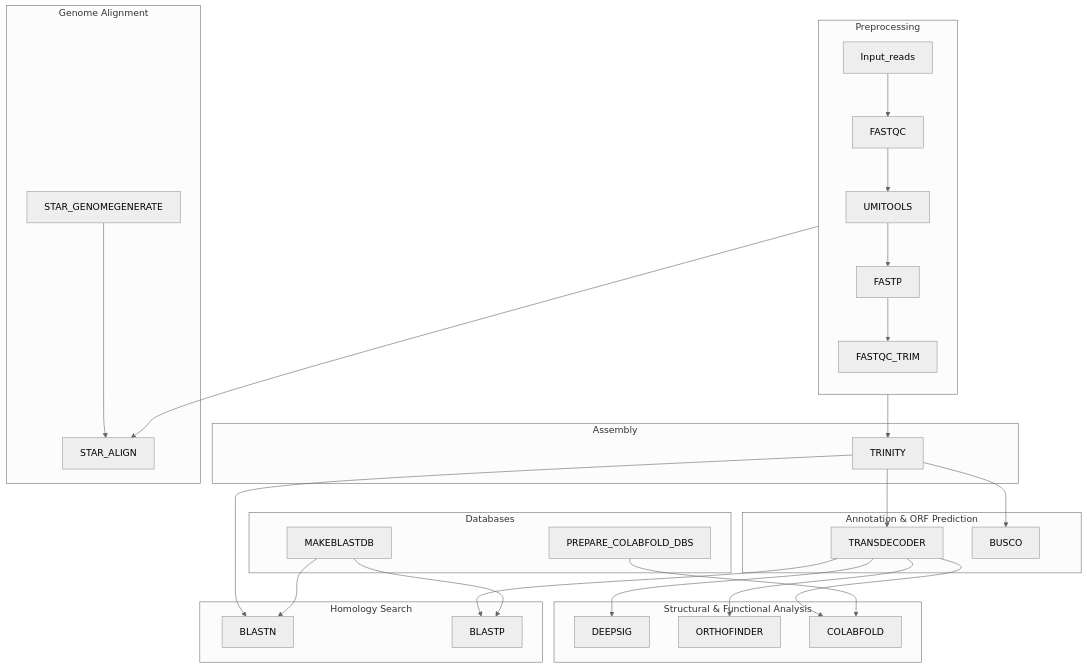
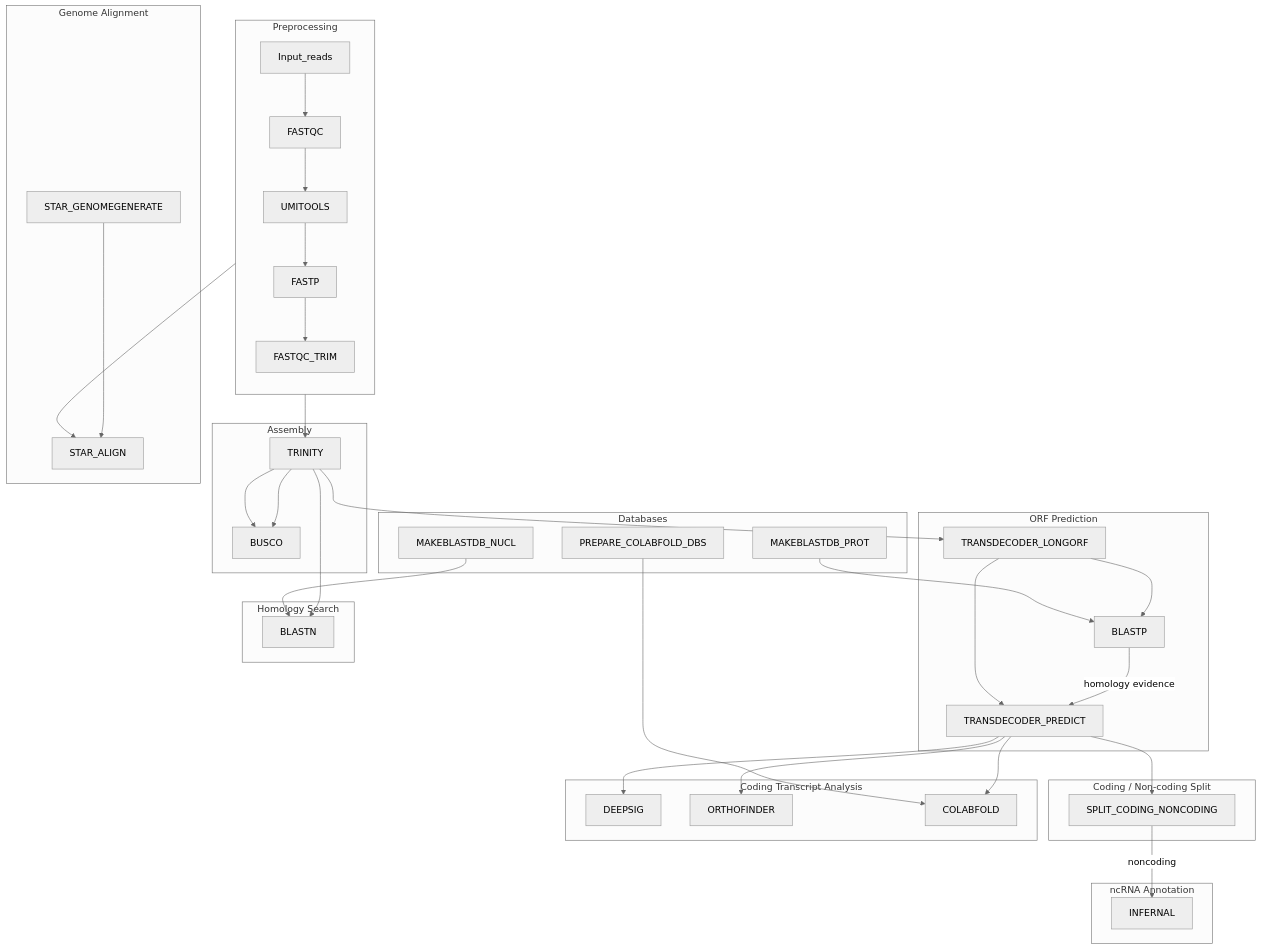
The diagram in README.md (EPegueroS/transcriptassembler), drawn with Mermaid (neutral theme) before and after one commit. The commit also changed 1 other file, not shown here.

````diff
--- a/README.md
+++ b/README.md
@@ -22,53 +22,67 @@
 ```mermaid
 graph TD;
     subgraph PRE["Preprocessing"]
         direction TB
         Input_reads --> FASTQC --> UMITOOLS --> FASTP --> FASTQC_TRIM
     end
 
     subgraph ASSEMBLY["Assembly"]
         TRINITY
+        BUSCO
+        TRINITY --> BUSCO
     end
 
-    subgraph ANNOTATION["Annotation & ORF Prediction"]
-        TRANSDECODER
-        BUSCO
+    subgraph ORF["ORF Prediction"]
+        TRANSDECODER_LONGORF --> BLASTP
+        BLASTP -->|homology evidence| TRANSDECODER_PREDICT
+        TRANSDECODER_LONGORF --> TRANSDECODER_PREDICT
     end
 
-    subgraph STRUCTURAL["Structural & Functional Analysis"]
+    subgraph SPLIT["Coding / Non-coding Split"]
+        SPLIT_CODING_NONCODING
+    end
+
+    subgraph NCRNA["ncRNA Annotation"]
+        INFERNAL
+    end
+
+    subgraph CODING["Coding Transcript Analysis"]
         DEEPSIG
         ORTHOFINDER
         COLABFOLD
     end
 
     subgraph HOMOLOGY["Homology Search"]
         BLASTN
-        BLASTP
     end
 
     subgraph ALIGNMENT["Genome Alignment"]
         STAR_GENOMEGENERATE --> STAR_ALIGN
     end
 
     subgraph DBS["Databases"]
-        MAKEBLASTDB
+        MAKEBLASTDB_PROT
+        MAKEBLASTDB_NUCL
         PREPARE_COLABFOLD_DBS
     end
 
     %% Cross-subgraph edges
     FASTQC_TRIM --> TRINITY
     FASTP --> STAR_ALIGN
 
+    TRINITY --> TRANSDECODER_LONGORF
     TRINITY --> BUSCO
-    TRINITY --> TRANSDECODER
     TRINITY --> BLASTN
 
-    TRANSDECODER --> DEEPSIG
-    TRANSDECODER --> ORTHOFINDER
-    TRANSDECODER --> BLASTP
-    TRANSDECODER --> COLABFOLD
+    MAKEBLASTDB_PROT --> BLASTP
+    MAKEBLASTDB_NUCL --> BLASTN
 
-    MAKEBLASTDB --> BLASTN
-    MAKEBLASTDB --> BLASTP
+    TRANSDECODER_PREDICT --> SPLIT_CODING_NONCODING
+    TRANSDECODER_PREDICT --> DEEPSIG
+    TRANSDECODER_PREDICT --> ORTHOFINDER
+    TRANSDECODER_PREDICT --> COLABFOLD
+
+    SPLIT_CODING_NONCODING -->|noncoding| INFERNAL
+
     PREPARE_COLABFOLD_DBS --> COLABFOLD
 ```
````
